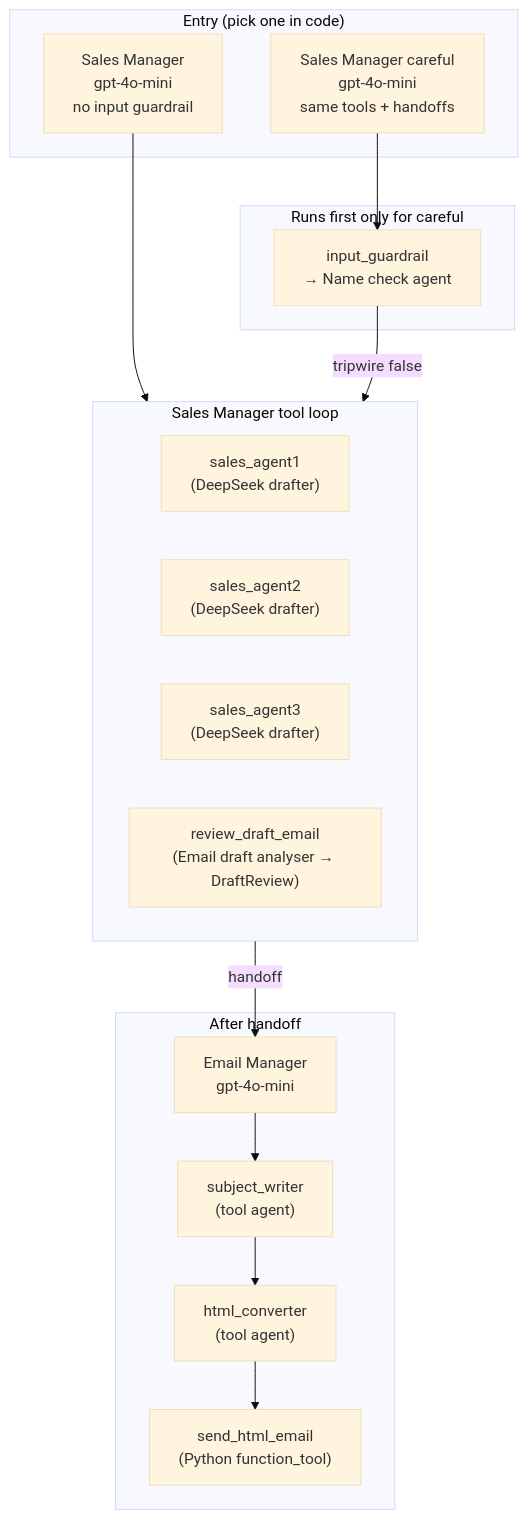
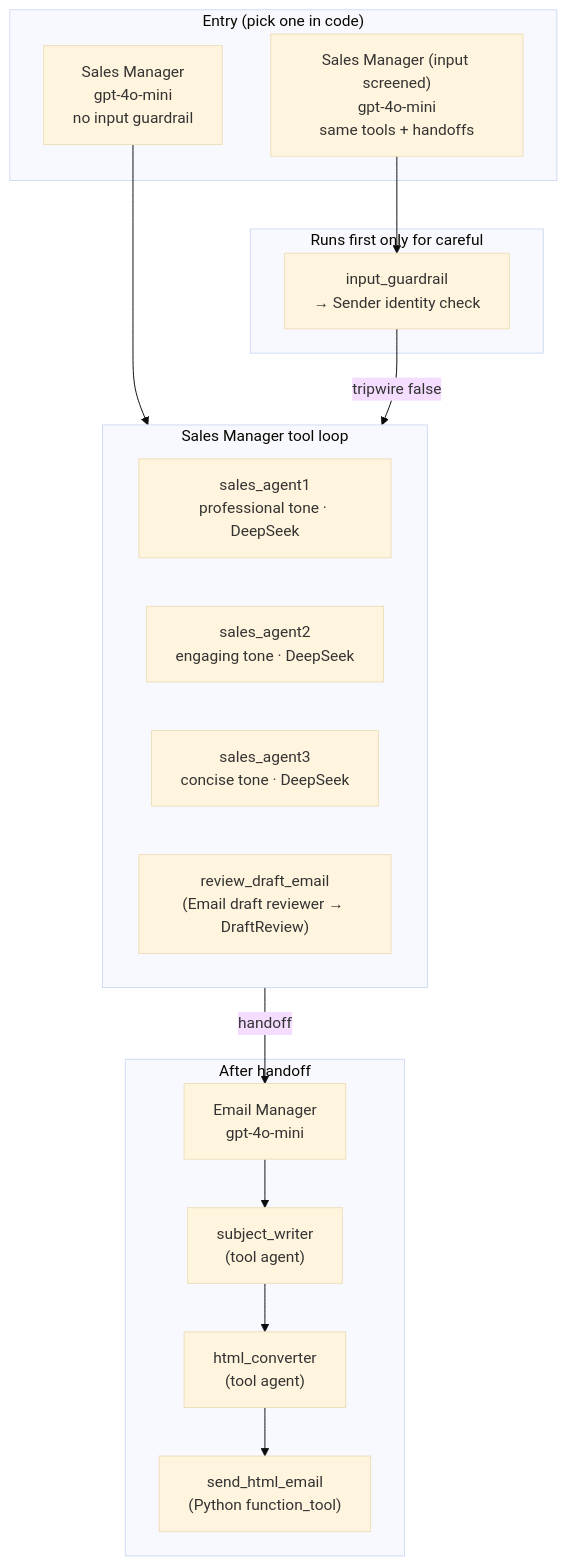
One commit to geekyoswald/openai_sdk_projects changed the first of 5 diagrams in README.md. Above: the diagram before and after it, drawn with Mermaid (base theme). The commit also changed other lines of this file and 10 other files, not shown here.

````diff
--- a/README.md
+++ b/README.md
@@ -63,31 +70,31 @@
 ```mermaid
 flowchart TB
     subgraph Entry["Entry (pick one in code)"]
         SM["Sales Manager<br/>gpt-4o-mini<br/>no input guardrail"]
-        CARE["Sales Manager careful<br/>gpt-4o-mini<br/>same tools + handoffs"]
+        CARE["Sales Manager (input screened)<br/>gpt-4o-mini<br/>same tools + handoffs"]
     end
 
     subgraph Guard["Runs first only for careful"]
-        GR["input_guardrail<br/>→ Name check agent"]
+        GR["input_guardrail<br/>→ Sender identity check"]
     end
 
     subgraph SM_Tools["Sales Manager tool loop"]
-        T1["sales_agent1<br/>(DeepSeek drafter)"]
-        T2["sales_agent2<br/>(DeepSeek drafter)"]
-        T3["sales_agent3<br/>(DeepSeek drafter)"]
-        RV["review_draft_email<br/>(Email draft analyser → DraftReview)"]
+        T1["sales_agent1<br/>professional tone · DeepSeek"]
+        T2["sales_agent2<br/>engaging tone · DeepSeek"]
+        T3["sales_agent3<br/>concise tone · DeepSeek"]
+        RV["review_draft_email<br/>(Email draft reviewer → DraftReview)"]
     end
 
     subgraph EmailBranch["After handoff"]
         EM["Email Manager<br/>gpt-4o-mini"]
         SUB["subject_writer<br/>(tool agent)"]
         HTML["html_converter<br/>(tool agent)"]
         SEND["send_html_email<br/>(Python function_tool)"]
     end
 
     SM --> SM_Tools
     CARE --> GR
     GR -->|tripwire false| SM_Tools
     SM_Tools -->|handoff| EM
     EM --> SUB --> HTML --> SEND
 ```
````
